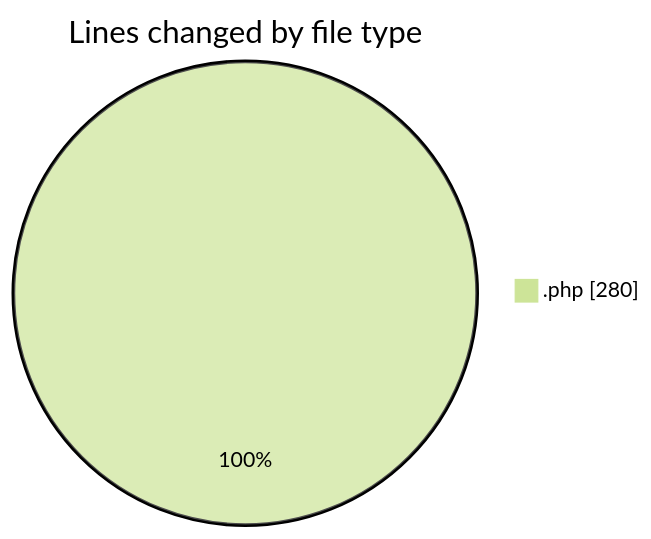
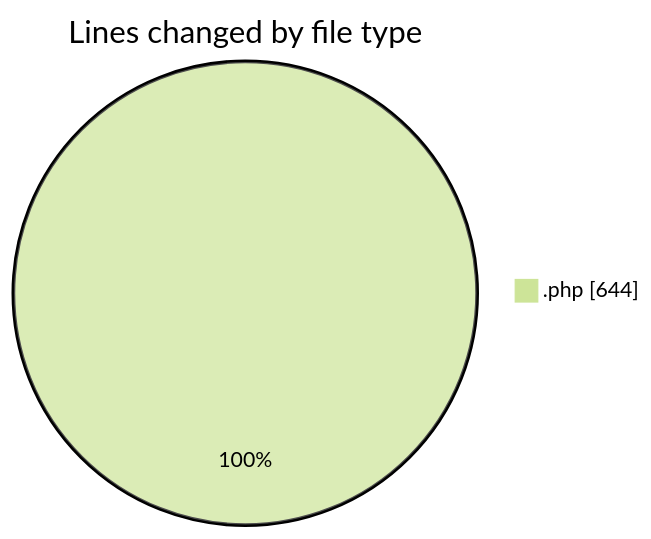
One commit to idhammustaqopulfikri/code-tracking changed the first of 2 diagrams in 2025-11-11/futsal/README.md. Above: the diagram before and after it, drawn with Mermaid (forest theme). The commit also changed other lines of this file and 1 other file, not shown here.

````diff
--- a/2025-11-11/futsal/README.md
+++ b/2025-11-11/futsal/README.md
@@ -21,5 +27,5 @@
 ```mermaid
 pie showData
 title Lines changed by file type
-".php" : 280
+".php" : 644
 ```
````
